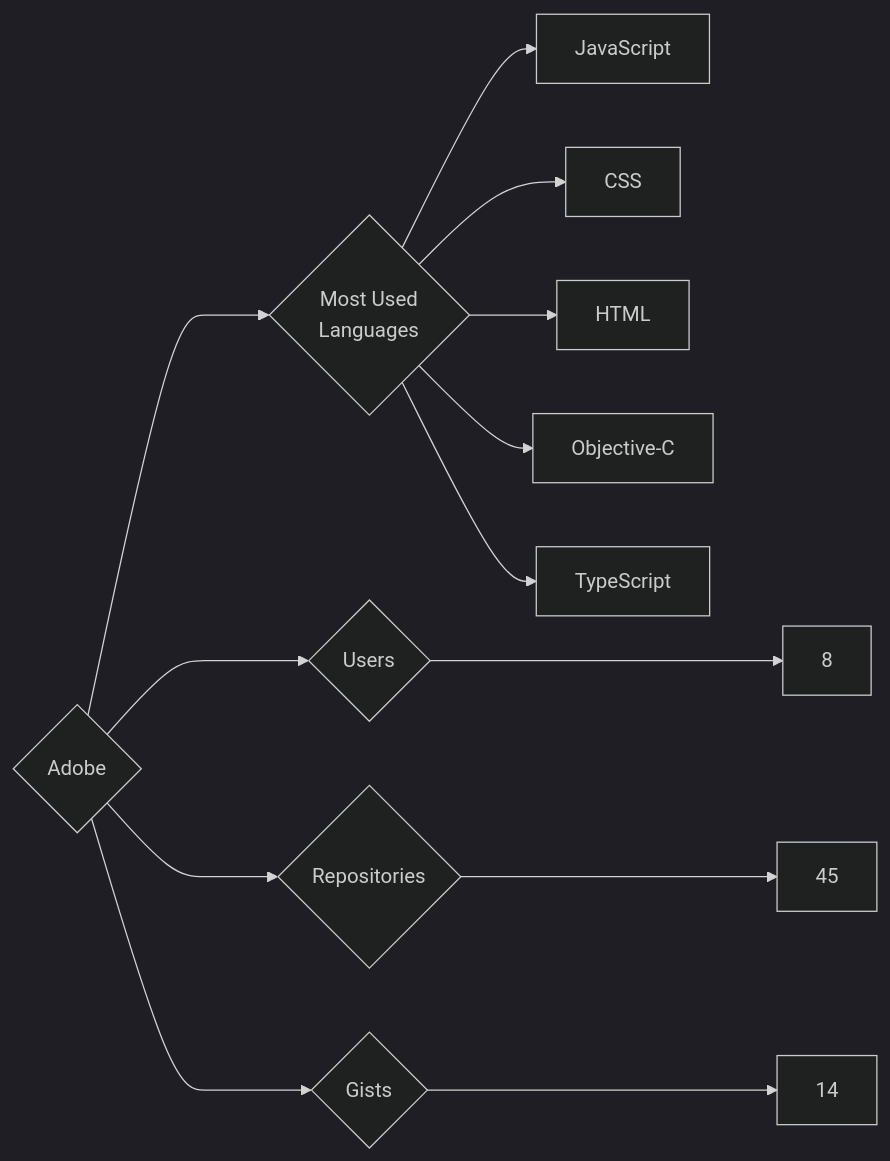
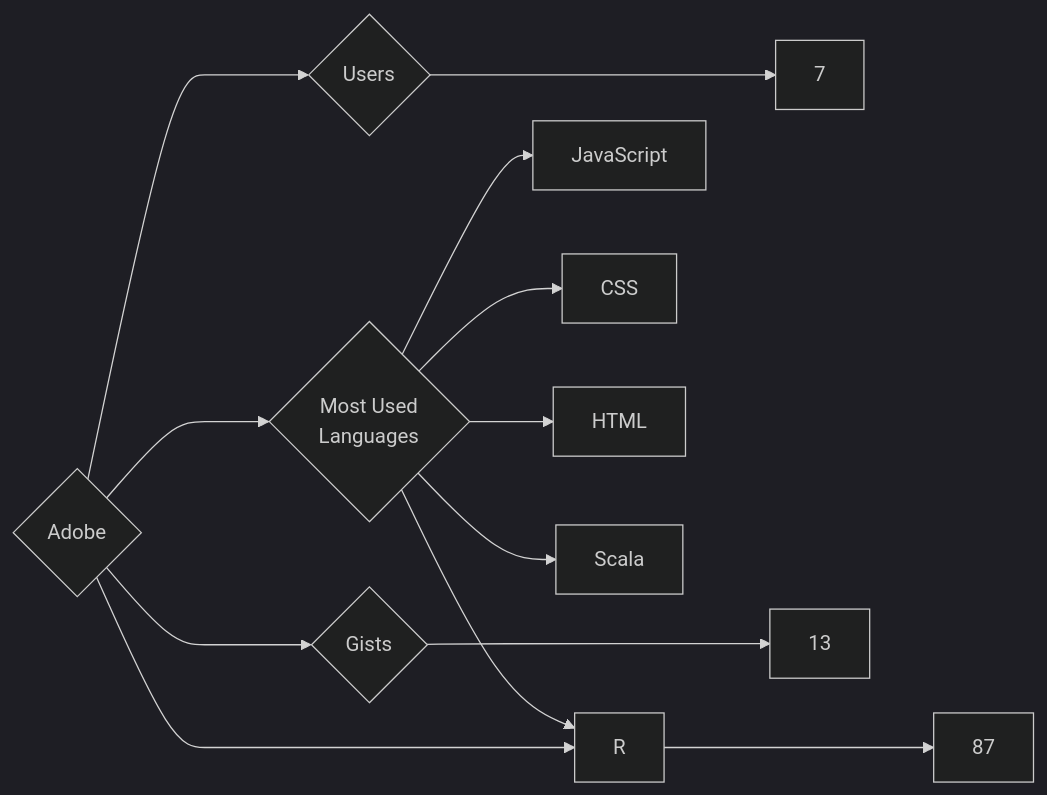
Before and after one commit to trickest/insiders: the diagram in targets/Adobe/README.md, drawn with Mermaid (dark theme). The commit also changed 1120 other files, not shown here.

````diff
--- a/targets/Adobe/README.md
+++ b/targets/Adobe/README.md
@@ -3,13 +3,13 @@
 ```mermaid
 graph LR
 COMPANY_NAME{Adobe}
-COMPANY_NAME ---> U{Users} ---> UN[8]
-COMPANY_NAME ---> R{Repositories} ---> RN[45]
-COMPANY_NAME ---> G{Gists} ---> GN[14]
+COMPANY_NAME ---> U{Users} ---> UN[7]
+COMPANY_NAME ---> R{Repositories} ---> RN[87]
+COMPANY_NAME ---> G{Gists} ---> GN[13]
 COMPANY_NAME ---> ML{Most Used<br>Languages}
 ML --> JavaScript[JavaScript]
 ML --> CSS[CSS]
 ML --> HTML[HTML]
-ML --> Objective-C[Objective-C]
-ML --> TypeScript[TypeScript]
+ML --> Scala[Scala]
+ML --> R[R]
 ```
````
